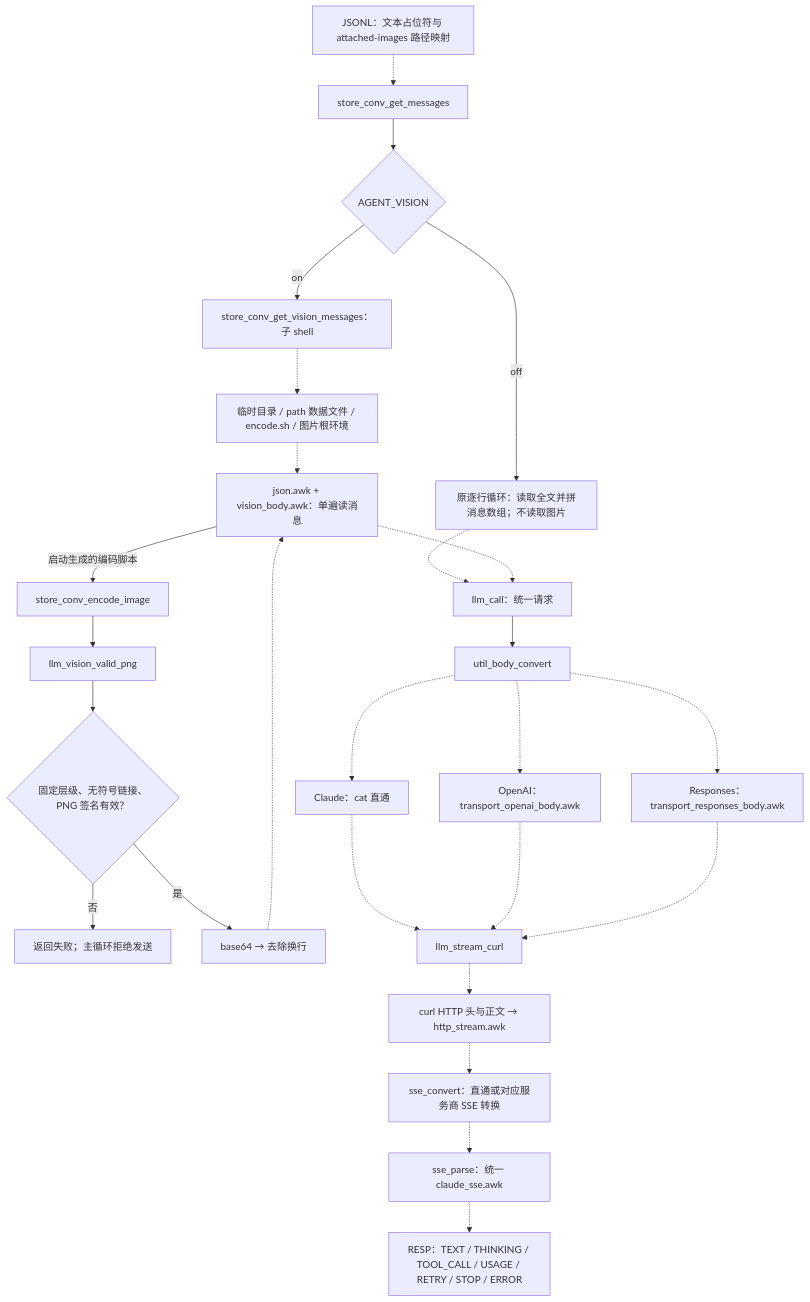
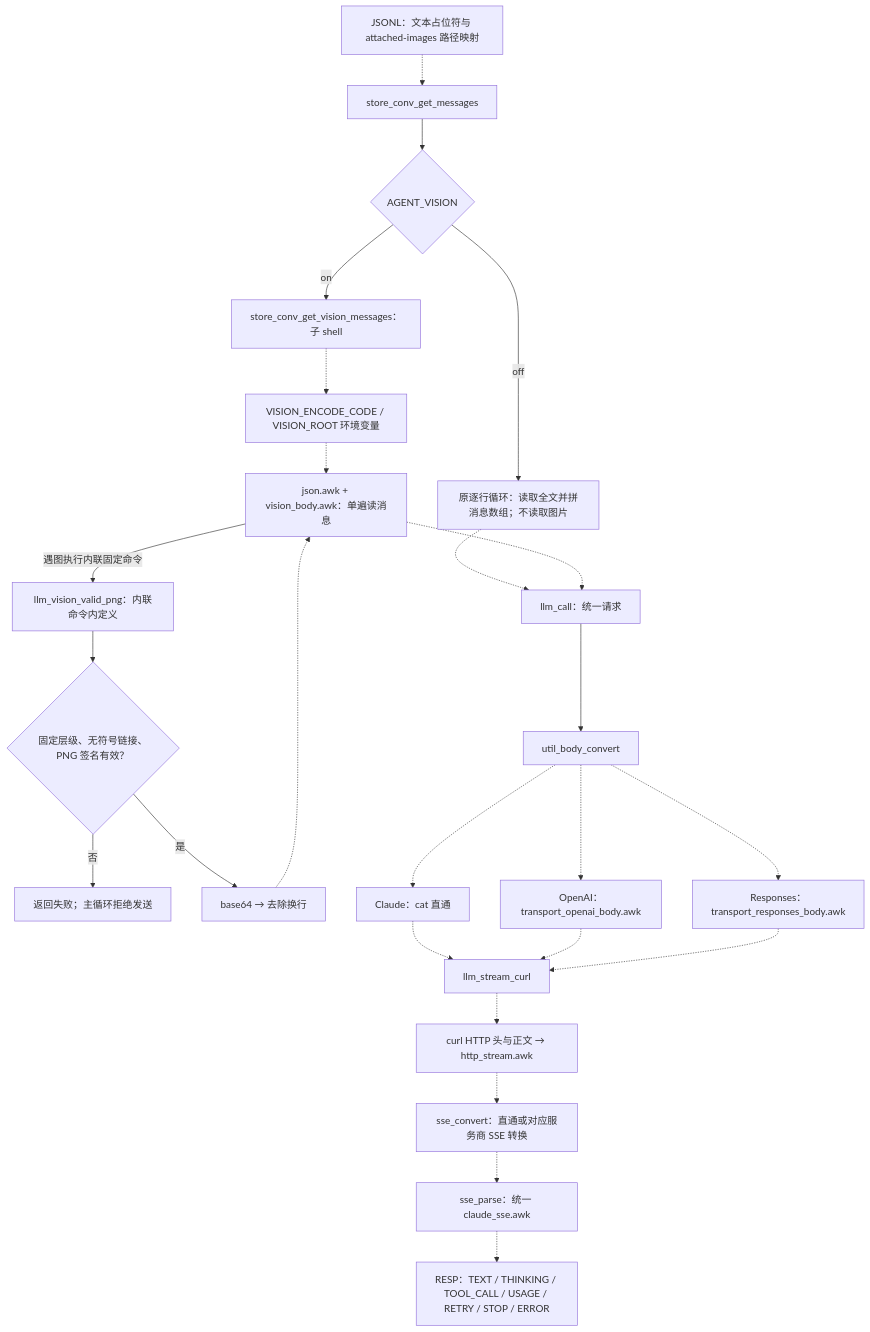
One commit to lloydzhou/bash-agent changed diagram 13 of 15 in docs/bash-data-flow.md. Above: the diagram before and after it, drawn with Mermaid. The commit also changed other lines of this file and 3 other files, not shown here.

````diff
--- a/docs/bash-data-flow.md
+++ b/docs/bash-data-flow.md
@@ -679,28 +676,27 @@
 ```mermaid
 flowchart TD
   d_jsonl["JSONL：文本占位符与 attached-images 路径映射"] -.-> f_store_conv_get_messages["store_conv_get_messages"]
   f_store_conv_get_messages --> v_switch{"AGENT_VISION"}
   v_switch -->|off| v_old["原逐行循环：读取全文并拼消息数组；不读取图片"]
   v_switch -->|on| f_store_conv_get_vision_messages["store_conv_get_vision_messages：子 shell"]
-  f_store_conv_get_vision_messages -.-> v_env["临时目录 / path 数据文件 / encode.sh / 图片根环境"]
+  f_store_conv_get_vision_messages -.-> v_env["VISION_ENCODE_CODE / VISION_ROOT 环境变量"]
   v_env -.-> v_awk["json.awk + vision_body.awk：单遍读消息"]
-  v_awk -->|启动生成的编码脚本| f_store_conv_encode_image["store_conv_encode_image"]
-  f_store_conv_encode_image --> f_llm_vision_valid_png["llm_vision_valid_png"]
+  v_awk -->|遇图执行内联固定命令| f_llm_vision_valid_png["llm_vision_valid_png：内联命令内定义"]
   f_llm_vision_valid_png --> v_ok{"固定层级、无符号链接、PNG 签名有效？"}
   v_ok -->|否| v_err["返回失败；主循环拒绝发送"]
   v_ok -->|是| v_b64["base64 → 去除换行"]
   v_b64 -.-> v_awk
   v_old -.-> f_llm_call["llm_call：统一请求"]
   v_awk -.-> f_llm_call
   f_llm_call --> f_util_body_convert["util_body_convert"]
   f_util_body_convert -.-> p_c["Claude：cat 直通"]
   f_util_body_convert -.-> p_o["OpenAI：transport_openai_body.awk"]
   f_util_body_convert -.-> p_r["Responses：transport_responses_body.awk"]
   p_c -.-> f_llm_stream_curl["llm_stream_curl"]
   p_o -.-> f_llm_stream_curl
   p_r -.-> f_llm_stream_curl
   f_llm_stream_curl -.-> p_http["curl HTTP 头与正文 → http_stream.awk"]
   p_http -.-> f_sse_convert["sse_convert：直通或对应服务商 SSE 转换"]
   f_sse_convert -.-> f_sse_parse["sse_parse：统一 claude_sse.awk"]
   f_sse_parse -.-> p_resp["RESP：TEXT / THINKING / TOOL_CALL / USAGE / RETRY / STOP / ERROR"]
 ```
````
